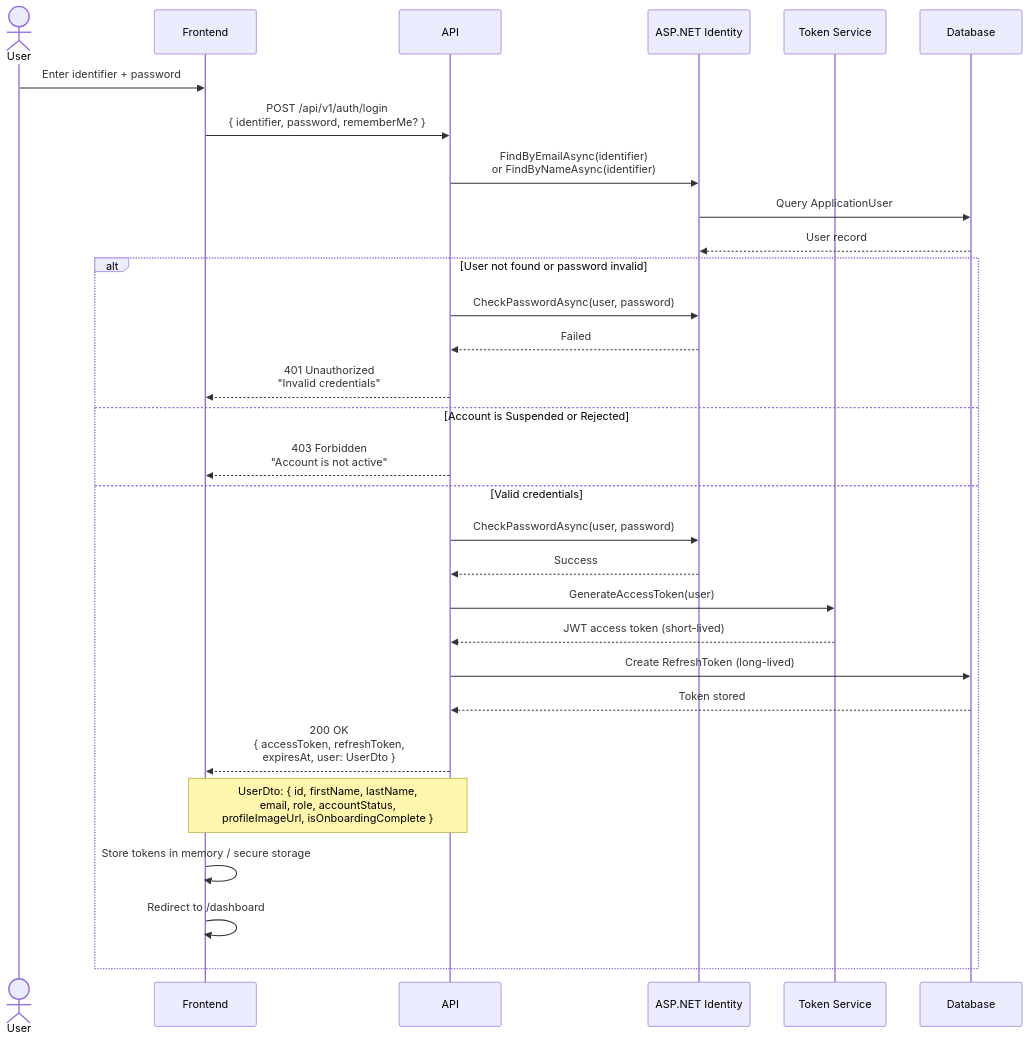
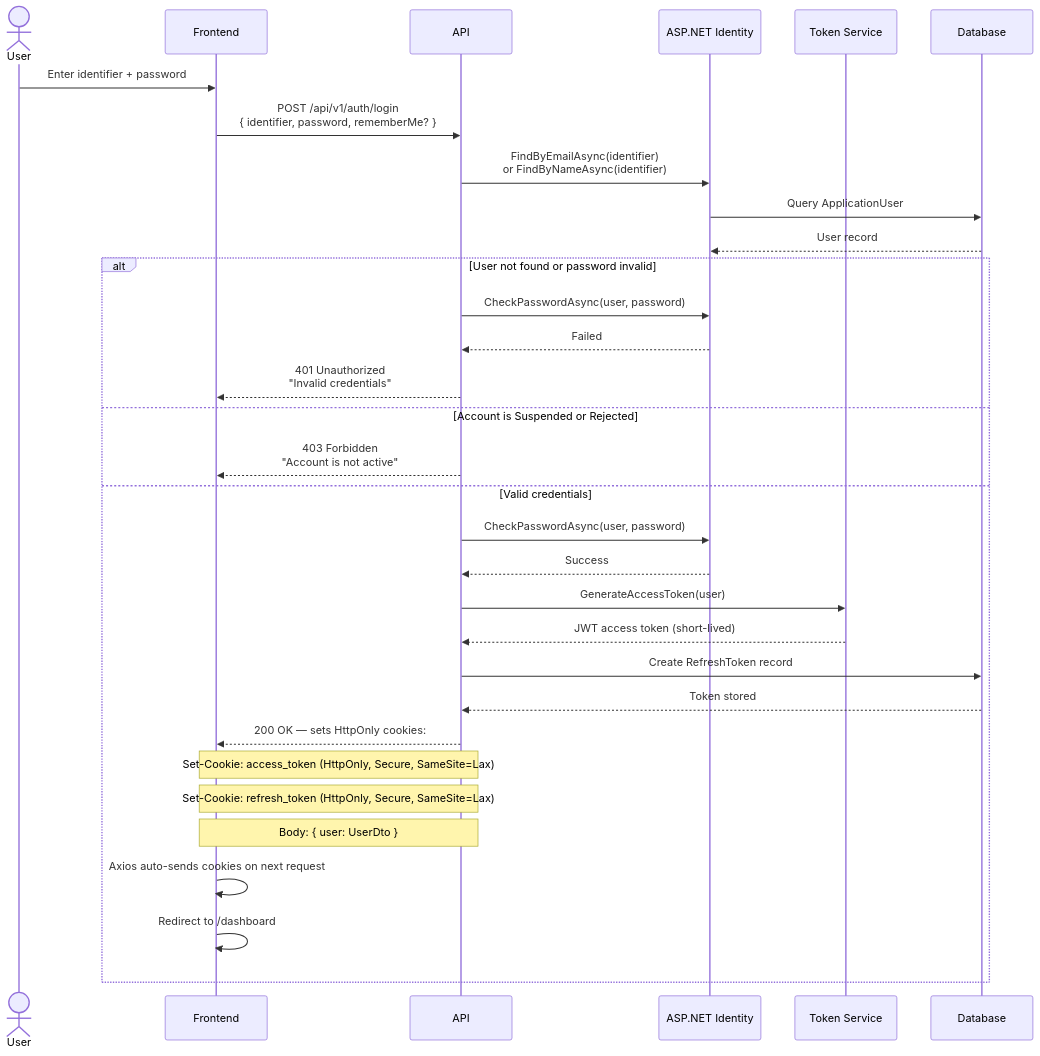
The second of 5 diagrams in docs/auth-flow.md (ma7moudalysalem/ScholarPath), drawn with Mermaid before and after one commit. The commit also changed other lines of this file and 149 other files, not shown here.

````diff
--- a/docs/auth-flow.md
+++ b/docs/auth-flow.md
@@ -58,34 +58,36 @@
 ```mermaid
 sequenceDiagram
     actor User
     participant Frontend
     participant API
     participant Identity as ASP.NET Identity
     participant JWT as Token Service
     participant DB as Database
 
     User->>Frontend: Enter identifier + password
     Frontend->>API: POST /api/v1/auth/login<br/>{ identifier, password, rememberMe? }
     API->>Identity: FindByEmailAsync(identifier)<br/>or FindByNameAsync(identifier)
     Identity->>DB: Query ApplicationUser
     DB-->>Identity: User record
 
     alt User not found or password invalid
         API->>Identity: CheckPasswordAsync(user, password)
         Identity-->>API: Failed
         API-->>Frontend: 401 Unauthorized<br/>"Invalid credentials"
     else Account is Suspended or Rejected
         API-->>Frontend: 403 Forbidden<br/>"Account is not active"
     else Valid credentials
         API->>Identity: CheckPasswordAsync(user, password)
         Identity-->>API: Success
         API->>JWT: GenerateAccessToken(user)
         JWT-->>API: JWT access token (short-lived)
-        API->>DB: Create RefreshToken (long-lived)
+        API->>DB: Create RefreshToken record
         DB-->>API: Token stored
-        API-->>Frontend: 200 OK<br/>{ accessToken, refreshToken,<br/>expiresAt, user: UserDto }
-        Note over API,Frontend: UserDto: { id, firstName, lastName,<br/>email, role, accountStatus,<br/>profileImageUrl, isOnboardingComplete }
-        Frontend->>Frontend: Store tokens in memory / secure storage
+        API-->>Frontend: 200 OK — sets HttpOnly cookies:
+        Note over API,Frontend: Set-Cookie: access_token (HttpOnly, Secure, SameSite=Lax)
+        Note over API,Frontend: Set-Cookie: refresh_token (HttpOnly, Secure, SameSite=Lax)
+        Note over API,Frontend: Body: { user: UserDto }
+        Frontend->>Frontend: Axios auto-sends cookies on next request
         Frontend->>Frontend: Redirect to /dashboard
     end
 ```
````
